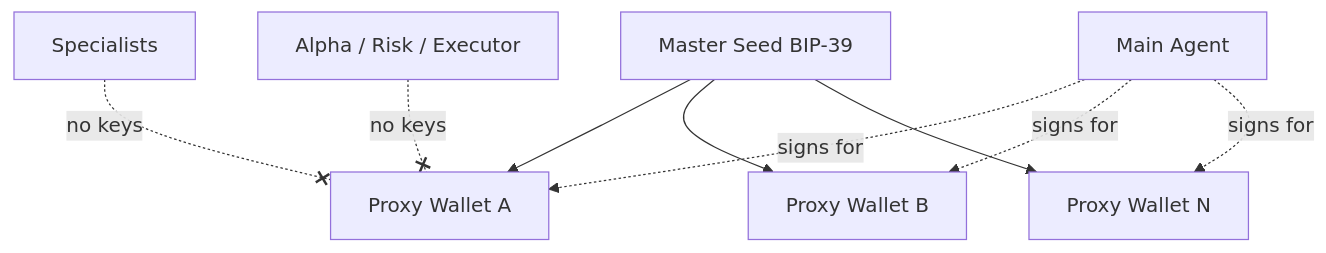
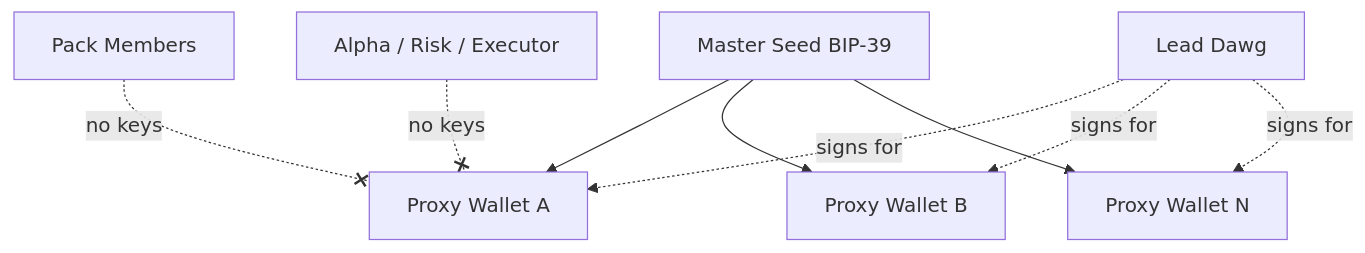
Before and after one commit to elbarroca/ETH_Global_Cannes_2026: the fourth of 7 diagrams in README.md, drawn with Mermaid. The commit also changed other lines of this file and 24 other files, not shown here.

First line of the commit message:
Update branding to AlphaDawg and enhance documentation for context and agent operations

````diff
--- a/README.md
+++ b/README.md
@@ -130,11 +130,11 @@
 ```mermaid
 graph TD
     Seed[Master Seed BIP-39] --> W0[Proxy Wallet A]
     Seed --> W1[Proxy Wallet B]
     Seed --> WN[Proxy Wallet N]
-    Agent[Main Agent] -.->|signs for| W0
+    Agent[Lead Dawg] -.->|signs for| W0
     Agent -.->|signs for| W1
     Agent -.->|signs for| WN
-    Specs[Specialists] -.-x|no keys| W0
+    Specs[Pack Members] -.-x|no keys| W0
     Adv[Alpha / Risk / Executor] -.-x|no keys| W0
 ```
````
